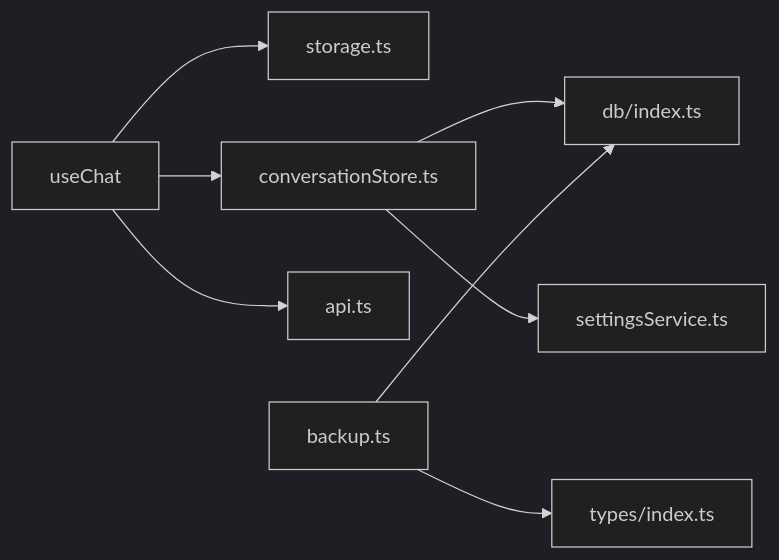
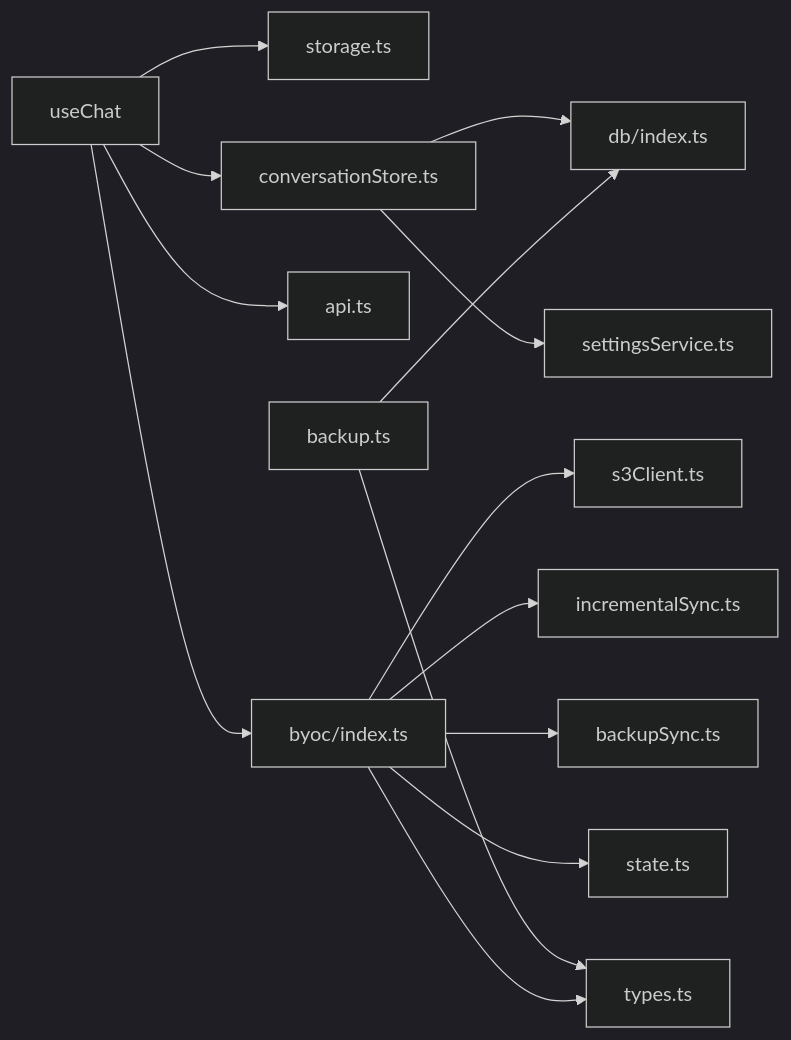
Before and after one commit to billye220670/AIShop: the sixth of 6 diagrams in .qoder/repowiki/zh/content/架构设计/数据流设计/数据同步机制.md, drawn with Mermaid (dark theme). The commit also changed other lines of this file and 42 other files, not shown here.

````diff
--- a/.qoder/repowiki/zh/content/架构设计/数据流设计/数据同步机制.md
+++ b/.qoder/repowiki/zh/content/架构设计/数据流设计/数据同步机制.md
@@ -298,10 +469,16 @@
 ```mermaid
 graph LR
 useChat["useChat"] --> storage["storage.ts"]
 useChat --> convStore["conversationStore.ts"]
 useChat --> api["api.ts"]
+useChat --> byoc["byoc/index.ts"]
 convStore --> db["db/index.ts"]
 convStore --> settings["settingsService.ts"]
 backup["backup.ts"] --> db
 backup --> types["types/index.ts"]
+byoc --> s3Client["s3Client.ts"]
+byoc --> incremental["incrementalSync.ts"]
+byoc --> backupSync["backupSync.ts"]
+byoc --> state["state.ts"]
+byoc --> types["types.ts"]
 ```
````
